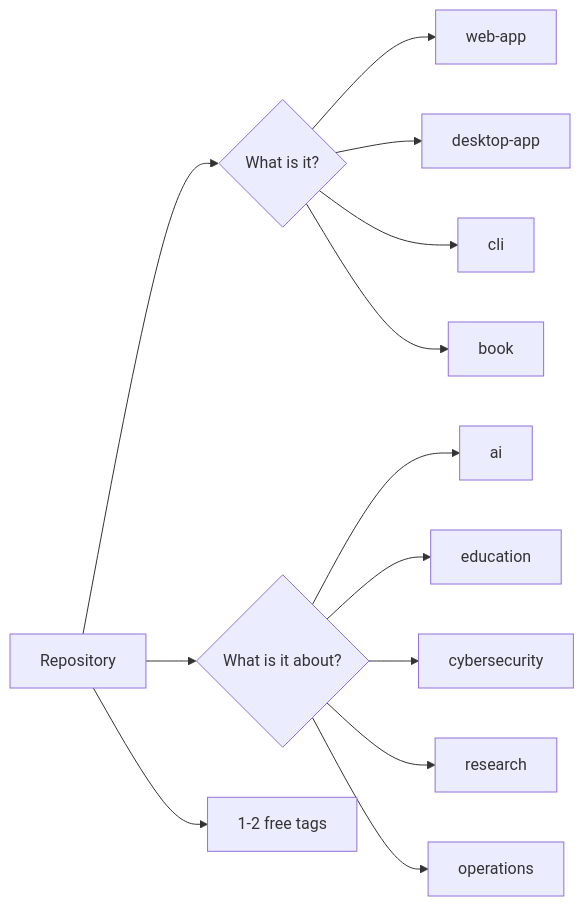
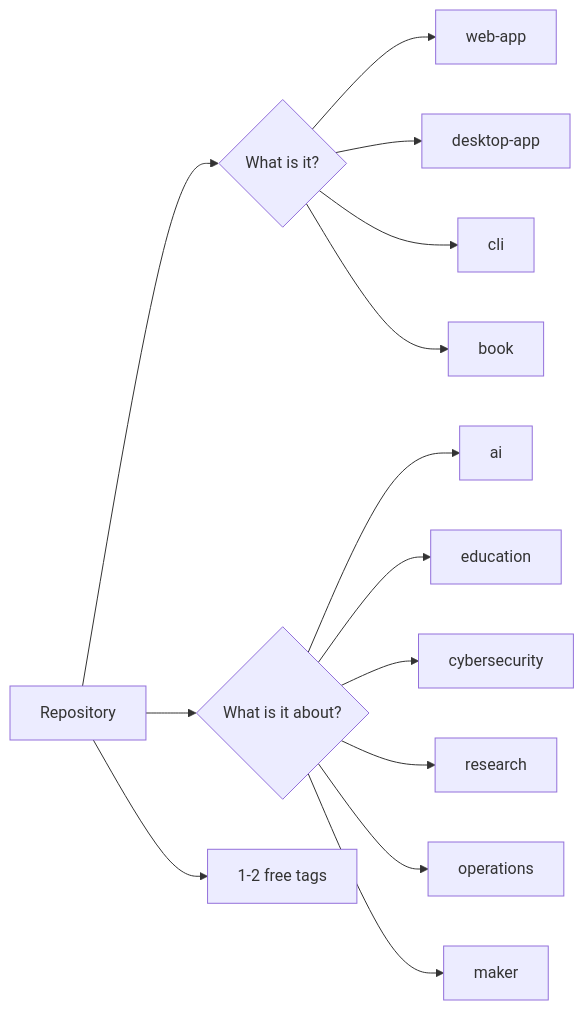
One commit to michael-borck/michael-borck changed the diagram in README.md. Above: the diagram before and after it, drawn with Mermaid. The commit also changed other lines of this file, not shown here.

Commit message:
Update tag model for maker standard tag

````diff
--- a/README.md
+++ b/README.md
@@ -95,15 +95,16 @@
 ```mermaid
 flowchart LR
   R[Repository] --> Q1{What is it?}
   Q1 --> F1[web-app]
   Q1 --> F2[desktop-app]
   Q1 --> F3[cli]
   Q1 --> F4[book]
   R --> Q2{What is it about?}
   Q2 --> D1[ai]
   Q2 --> D2[education]
   Q2 --> D3[cybersecurity]
   Q2 --> D4[research]
   Q2 --> D5[operations]
+  Q2 --> D6[maker]
   R --> T[1-2 free tags]
 ```
````
